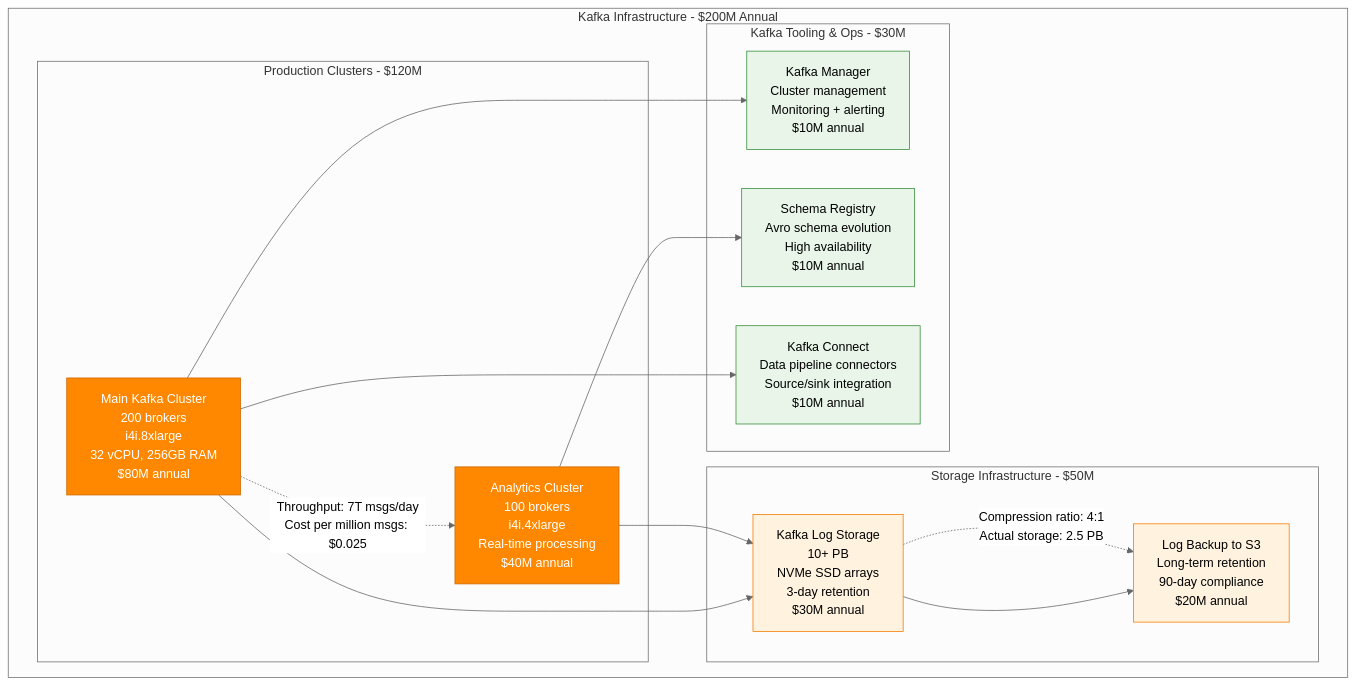
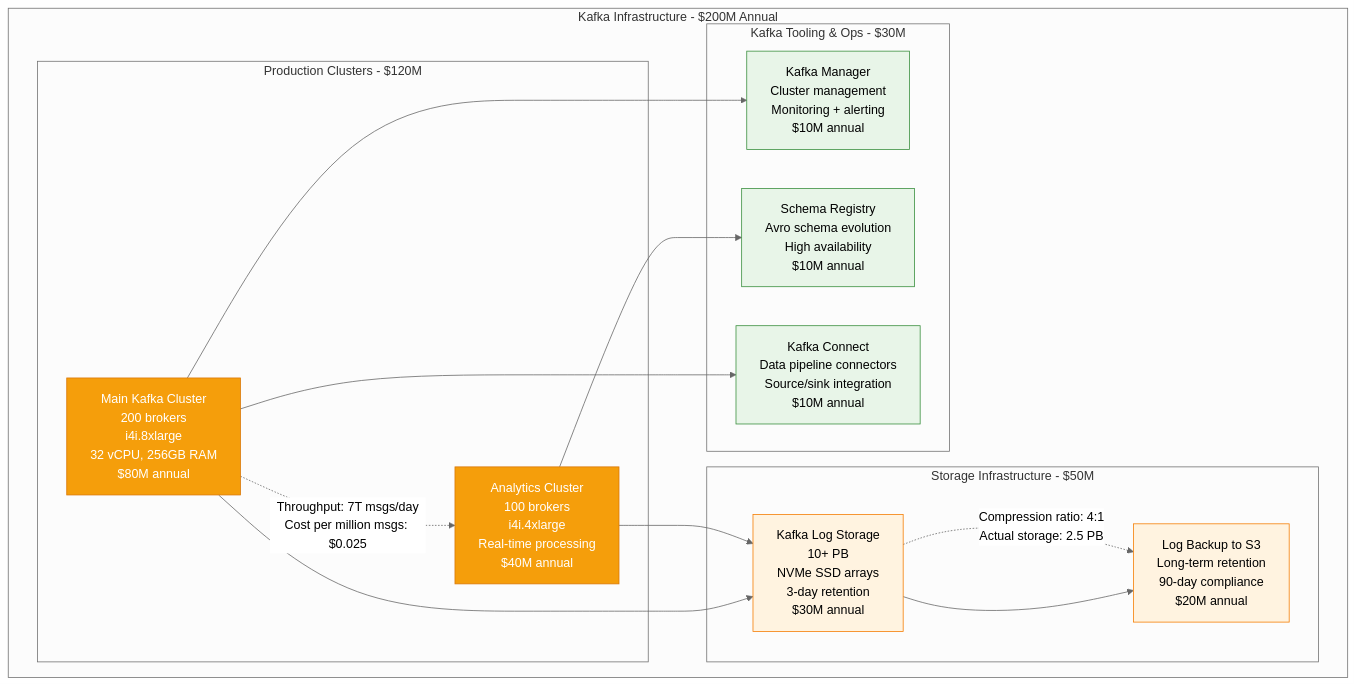
Before and after one commit to deepaucksharma/DS: the fifth of 9 diagrams in site/docs/systems/linkedin/cost-breakdown.md, drawn with Mermaid (neutral theme). The commit also changed 303 other files, not shown here.

````diff
--- a/site/docs/systems/linkedin/cost-breakdown.md
+++ b/site/docs/systems/linkedin/cost-breakdown.md
@@ -132,40 +132,40 @@
 ```mermaid
 graph TB
     subgraph KafkaInfrastructure[Kafka Infrastructure - $200M Annual]
         subgraph ProductionClusters[Production Clusters - $120M]
             KAFKA_MAIN[Main Kafka Cluster<br/>200 brokers<br/>i4i.8xlarge<br/>32 vCPU, 256GB RAM<br/>$80M annual]
             KAFKA_ANALYTICS[Analytics Cluster<br/>100 brokers<br/>i4i.4xlarge<br/>Real-time processing<br/>$40M annual]
         end
 
         subgraph StorageInfra[Storage Infrastructure - $50M]
             KAFKA_LOGS[Kafka Log Storage<br/>10+ PB<br/>NVMe SSD arrays<br/>3-day retention<br/>$30M annual]
             KAFKA_BACKUP[Log Backup to S3<br/>Long-term retention<br/>90-day compliance<br/>$20M annual]
         end
 
         subgraph KafkaTooling[Kafka Tooling & Ops - $30M]
             KAFKA_MANAGER[Kafka Manager<br/>Cluster management<br/>Monitoring + alerting<br/>$10M annual]
             SCHEMA_REGISTRY[Schema Registry<br/>Avro schema evolution<br/>High availability<br/>$10M annual]
             KAFKA_CONNECT[Kafka Connect<br/>Data pipeline connectors<br/>Source/sink integration<br/>$10M annual]
         end
     end
 
     KAFKA_MAIN --> KAFKA_LOGS
     KAFKA_ANALYTICS --> KAFKA_LOGS
     KAFKA_LOGS --> KAFKA_BACKUP
 
     KAFKA_MAIN --> KAFKA_MANAGER
     KAFKA_ANALYTICS --> SCHEMA_REGISTRY
     KAFKA_MAIN --> KAFKA_CONNECT
 
     %% Performance metrics
     KAFKA_MAIN -.->|"Throughput: 7T msgs/day<br/>Cost per million msgs: $0.025"| KAFKA_ANALYTICS
     KAFKA_LOGS -.->|"Compression ratio: 4:1<br/>Actual storage: 2.5 PB"| KAFKA_BACKUP
 
-    classDef kafkaStyle fill:#FF8800,stroke:#CC6600,color:#fff
+    classDef kafkaStyle fill:#F59E0B,stroke:#D97706,color:#fff
     classDef storageStyle fill:#FFF3E0,stroke:#F57C00,color:#000
     classDef toolingStyle fill:#E8F5E8,stroke:#388E3C,color:#000
 
     class KAFKA_MAIN,KAFKA_ANALYTICS kafkaStyle
     class KAFKA_LOGS,KAFKA_BACKUP storageStyle
     class KAFKA_MANAGER,SCHEMA_REGISTRY,KAFKA_CONNECT toolingStyle
 ```
````
